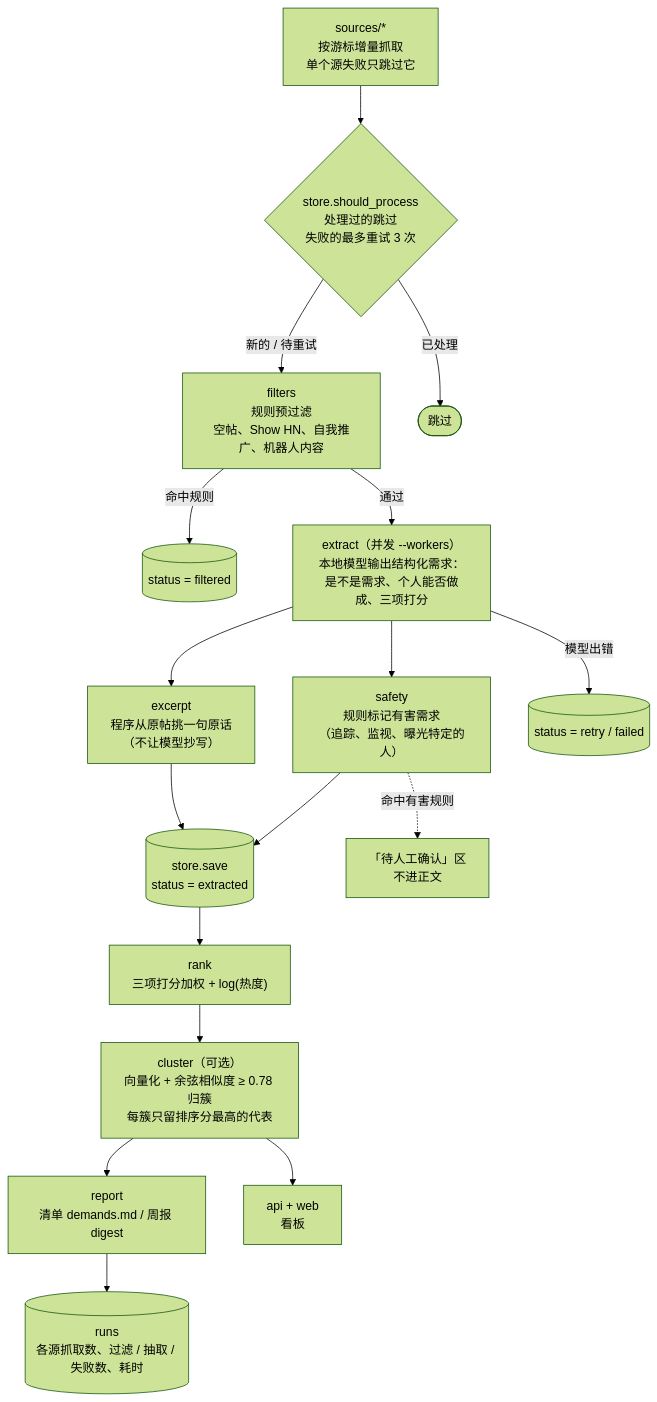
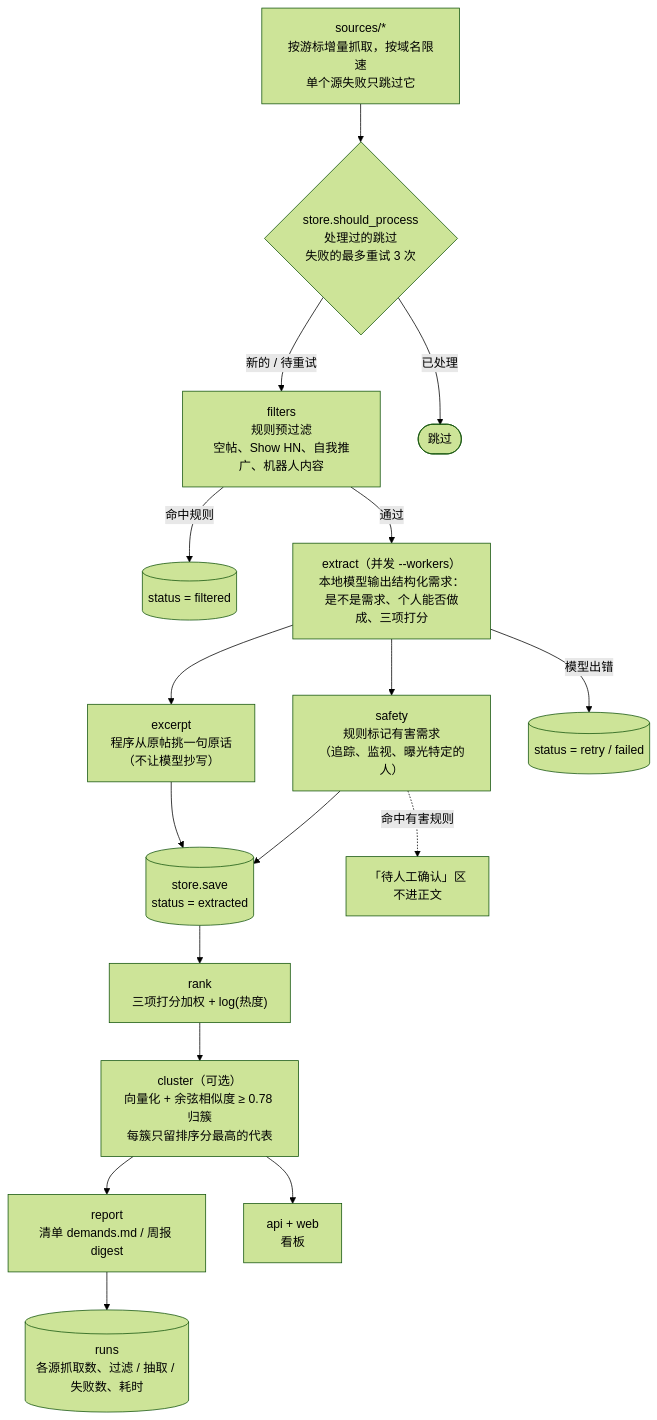
The second of 4 diagrams in demand-radar/docs/architecture.md (nanmuyao-tools/see), drawn with Mermaid (forest theme) before and after one commit. The commit also changed other lines of this file and 8 other files, not shown here.

First line of the commit message:
release: demand-radar v1.0.0，架构图按 v1.0.0 重画

````diff
--- a/demand-radar/docs/architecture.md
+++ b/demand-radar/docs/architecture.md
@@ -76,19 +78,19 @@
 ```mermaid
 flowchart TD
-    A["sources/*<br/>按游标增量抓取<br/>单个源失败只跳过它"] --> B{"store.should_process<br/>处理过的跳过<br/>失败的最多重试 3 次"}
+    A["sources/*<br/>按游标增量抓取，按域名限速<br/>单个源失败只跳过它"] --> B{"store.should_process<br/>处理过的跳过<br/>失败的最多重试 3 次"}
     B -->|新的 / 待重试| C["filters<br/>规则预过滤<br/>空帖、Show HN、自我推广、机器人内容"]
     B -->|已处理| SKIP(["跳过"])
     C -->|命中规则| F1[("status = filtered")]
     C -->|通过| D["extract（并发 --workers）<br/>本地模型输出结构化需求：<br/>是不是需求、个人能否做成、三项打分"]
     D --> E1["excerpt<br/>程序从原帖挑一句原话<br/>（不让模型抄写）"]
     D --> E2["safety<br/>规则标记有害需求<br/>（追踪、监视、曝光特定的人）"]
     E1 --> G[("store.save<br/>status = extracted")]
     E2 --> G
     D -->|模型出错| F2[("status = retry / failed")]
     G --> H["rank<br/>三项打分加权 + log(热度)"]
     H --> I["cluster（可选）<br/>向量化 + 余弦相似度 ≥ 0.78 归簇<br/>每簇只留排序分最高的代表"]
     I --> J["report<br/>清单 demands.md / 周报 digest"]
     I --> K["api + web<br/>看板"]
     E2 -.->|命中有害规则| HELD["「待人工确认」区<br/>不进正文"]
     J --> L[("runs<br/>各源抓取数、过滤 / 抽取 / 失败数、耗时")]
 ```
````
